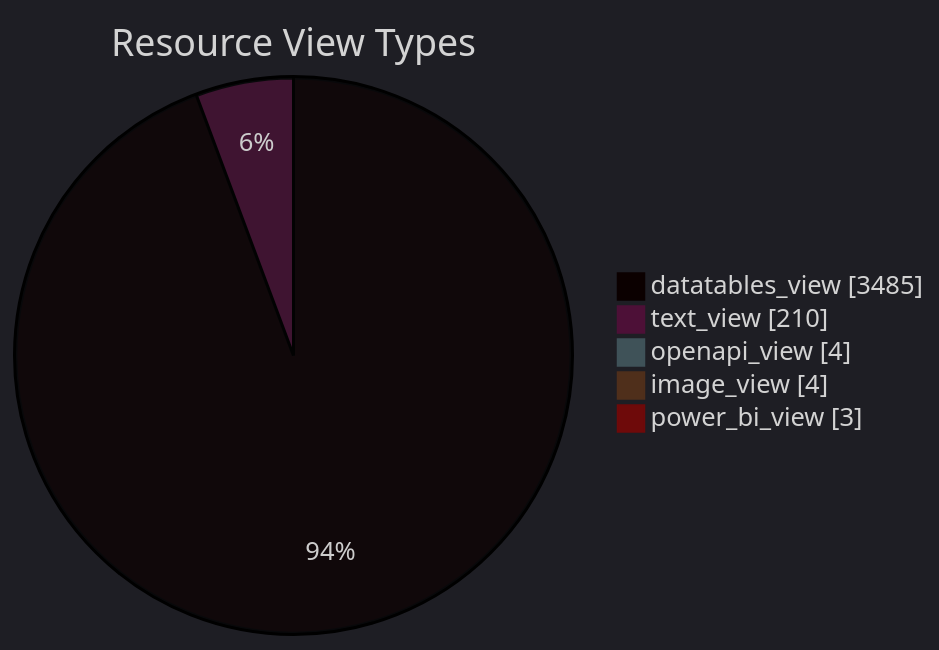
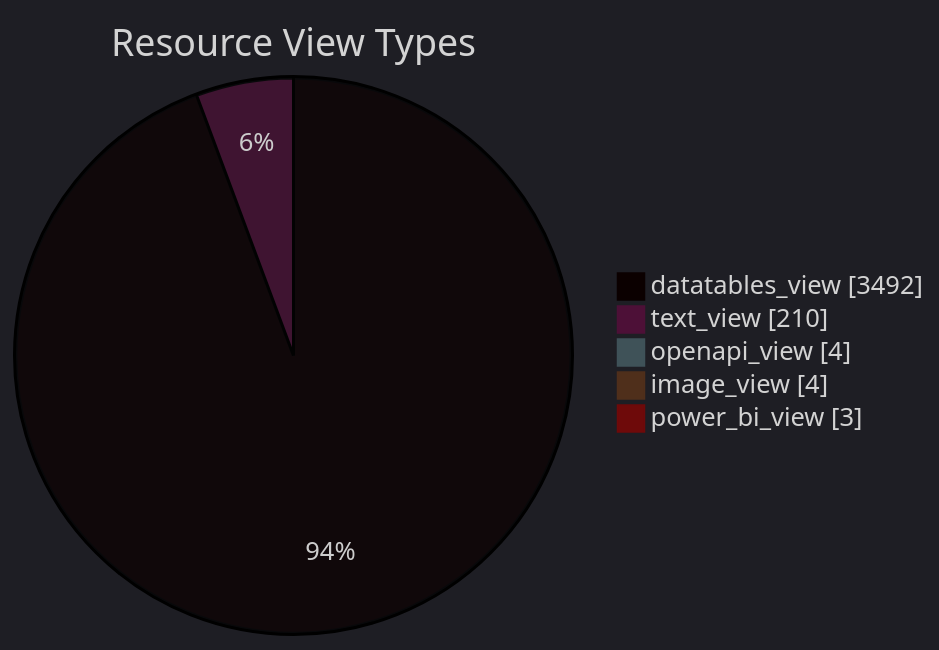
The diagram in datastore_tracker/resource_view_types_pie_chart.md (open-data/analytics-corporate-reporting), drawn with Mermaid before and after one commit. The commit also changed 9 other files, not shown here.

````diff
--- a/datastore_tracker/resource_view_types_pie_chart.md
+++ b/datastore_tracker/resource_view_types_pie_chart.md
@@ -2,12 +2,12 @@
 ```mermaid
 ---
 config:
   theme: dark
 ---
 pie showData title Resource View Types
-    "datatables_view": 3485
+    "datatables_view": 3492
     "text_view": 210
     "openapi_view": 4
     "image_view": 4
     "power_bi_view": 3
 ```
````
